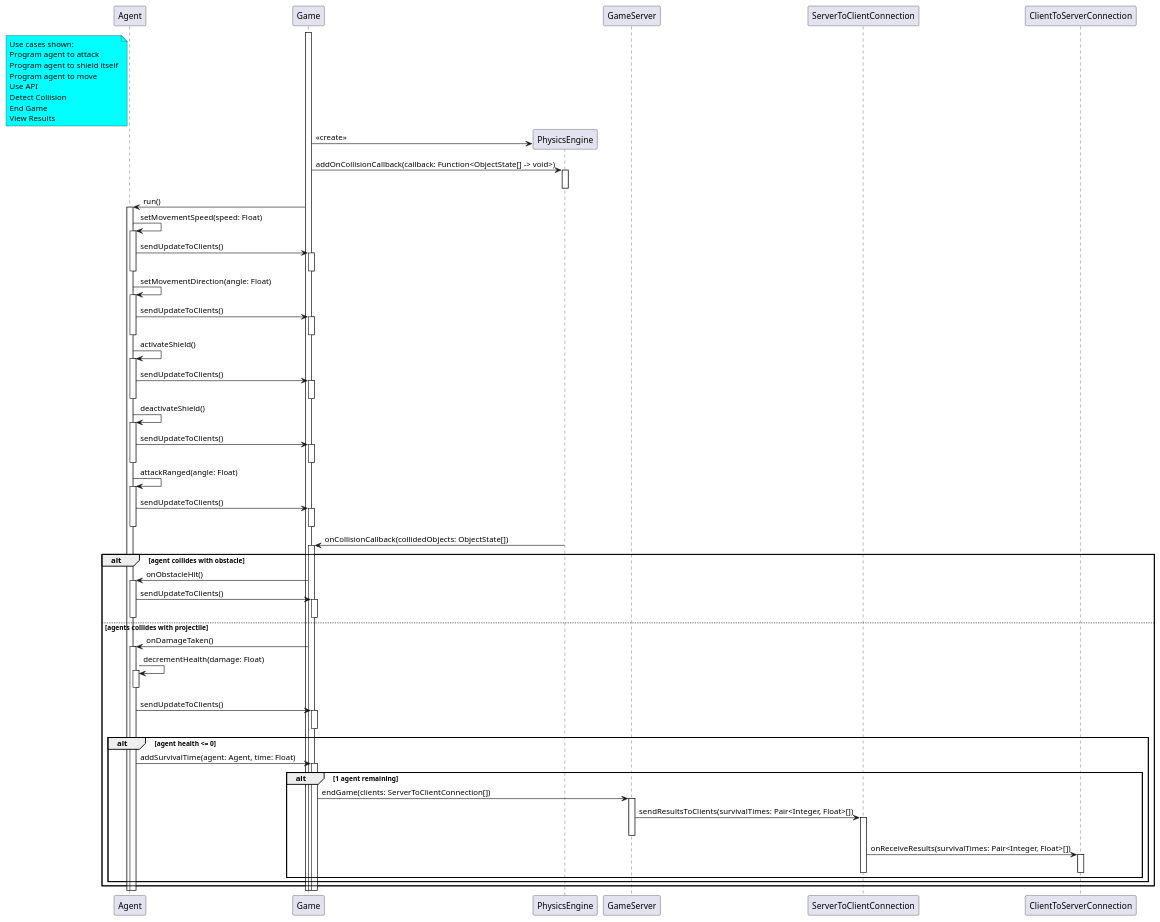
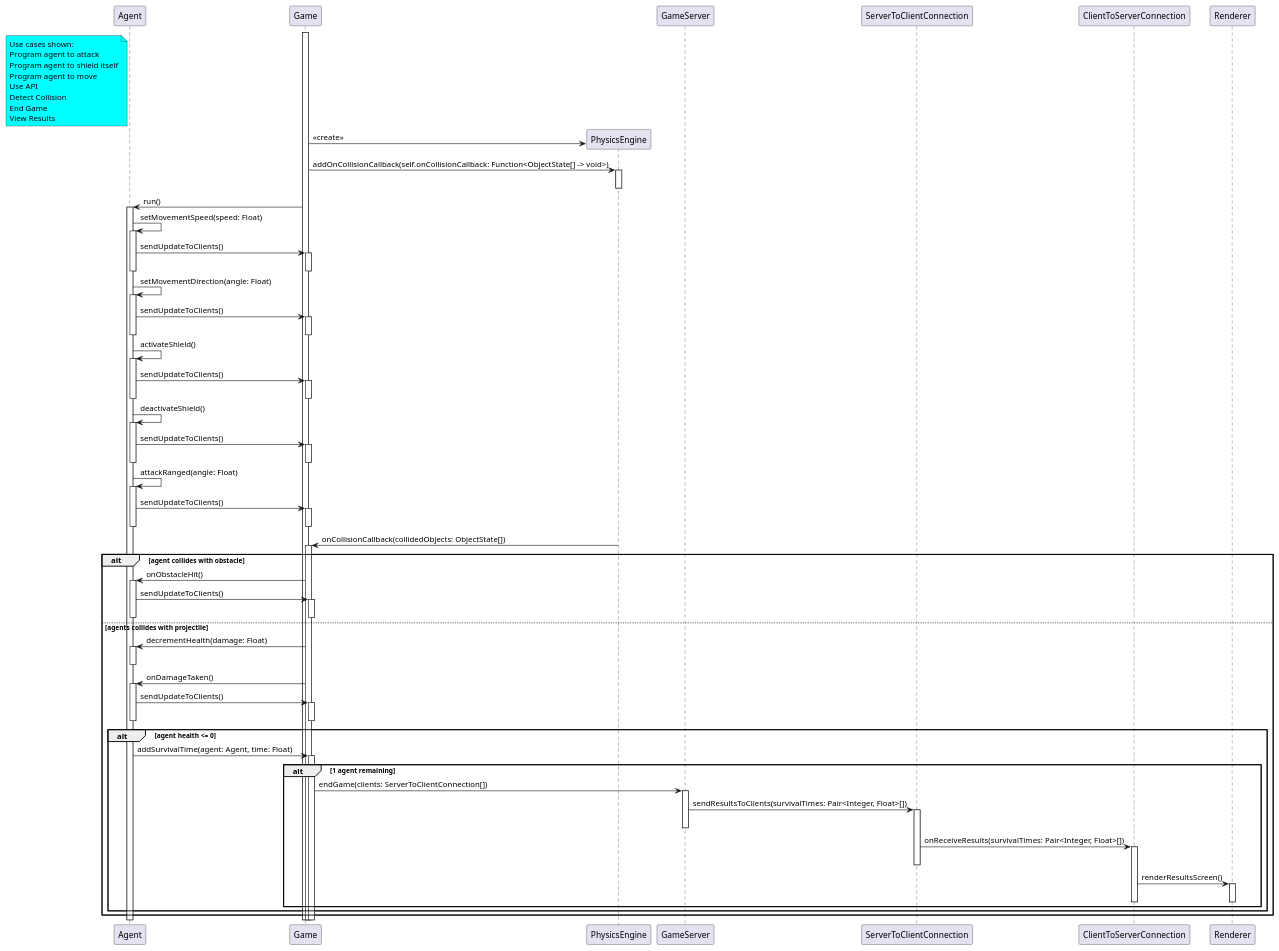
Before and after one commit to mayshukla/ece493-capstone: the diagram in sequence diagram 2.wsd, drawn with PlantUML.

Commit message:
added Renderer to sequence diagram

```diff
--- a/sequence diagram 2.wsd
+++ b/sequence diagram 2.wsd
@@ -1,97 +1,101 @@
 @startuml
 participant Agent as a
 participant Game as g
 participant PhysicsEngine as pe
 participant GameServer as gs
 participant ServerToClientConnection as s
 participant ClientToServerConnection as c
+participant Renderer as r
 note left of a #aqua
 Use cases shown:
 Program agent to attack
 Program agent to shield itself
 Program agent to move
 Use API
 Detect Collision
 End Game
 View Results
 end note
 activate g
 create pe
 g -> pe: << create >>
-g -> pe: addOnCollisionCallback(callback: Function<ObjectState[] -> void>)
+g -> pe: addOnCollisionCallback(self.onCollisionCallback: Function<ObjectState[] -> void>)
 activate pe
 deactivate pe
 g -> a: run()
 activate a
 
 a -> a: setMovementSpeed(speed: Float)
 activate a
 a -> g: sendUpdateToClients()
 activate g
 deactivate g
 deactivate a
 
 a -> a: setMovementDirection(angle: Float)
 activate a
 a -> g: sendUpdateToClients()
 activate g
 deactivate g
 deactivate a
 
 a -> a: activateShield()
 activate a
 a -> g: sendUpdateToClients()
 activate g
 deactivate g
 deactivate a
 
 a -> a: deactivateShield()
 activate a
 a -> g: sendUpdateToClients()
 activate g
 deactivate g
 deactivate a
 
 a -> a: attackRanged(angle: Float)
 activate a
 a -> g: sendUpdateToClients()
 activate g
 deactivate g
 deactivate a
 
 pe -> g: onCollisionCallback(collidedObjects: ObjectState[])
 activate g
 alt agent collides with obstacle
     g -> a: onObstacleHit()
     activate a
     a -> g: sendUpdateToClients()
     activate g
     deactivate g
     deactivate a
 else agents collides with projectile
+    g -> a: decrementHealth(damage: Float)
+    activate a
+    deactivate a
     g -> a: onDamageTaken()
     activate a
-    a -> a: decrementHealth(damage: Float)
-    activate a
-    deactivate a
     a -> g: sendUpdateToClients()
     activate g
+    deactivate a
     deactivate g
     alt agent health <= 0
         a -> g: addSurvivalTime(agent: Agent, time: Float)
         activate g
         alt 1 agent remaining
             g -> gs: endGame(clients: ServerToClientConnection[])
             activate gs
             gs -> s: sendResultsToClients(survivalTimes: Pair<Integer, Float>[])
             activate s
             deactivate gs
             s -> c: onReceiveResults(survivalTimes: Pair<Integer, Float>[])
             activate c
+            deactivate s
+            c -> r: renderResultsScreen()
+            activate r
             deactivate c
-            deactivate s
-            
+            deactivate r
         end
     end
 end
 @enduml
```
